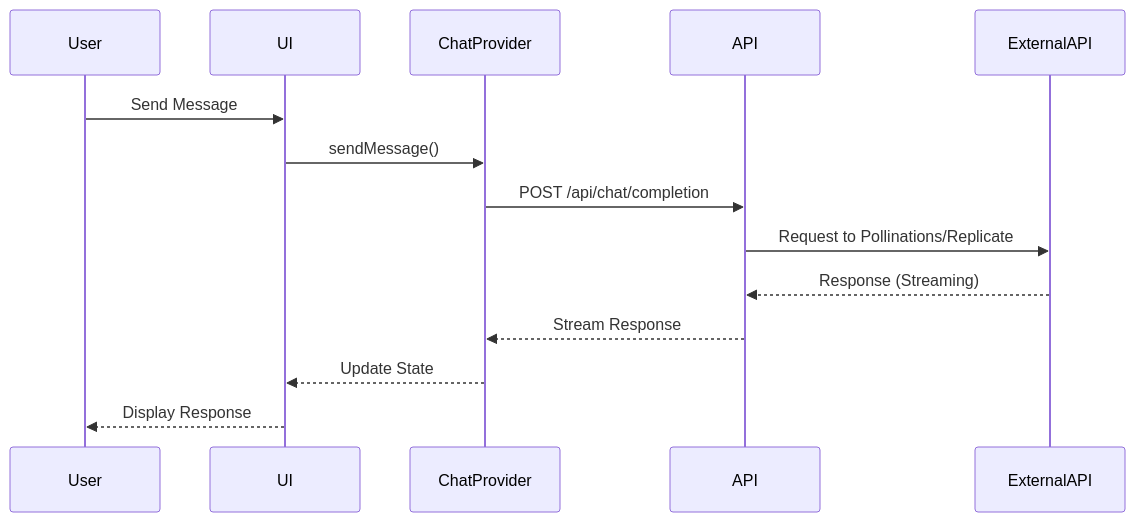
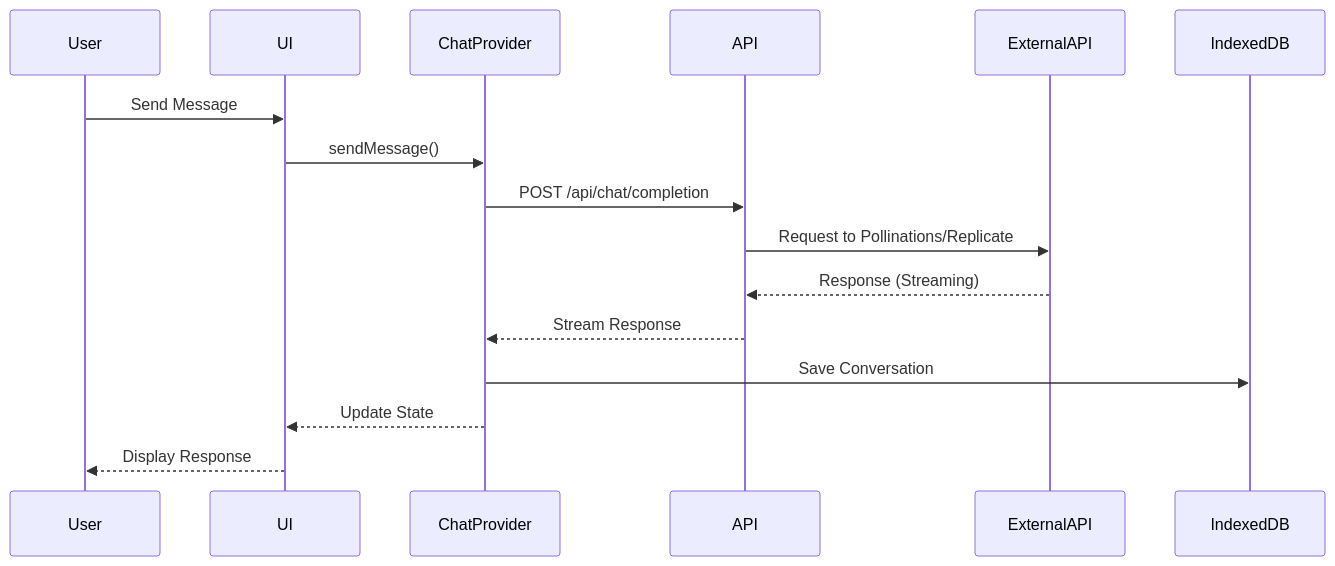
The third of 4 diagrams in docs/architecture-view.md (loopmaster303/heyhihosted), drawn with Mermaid before and after one commit. The commit also changed other lines of this file and 37 other files, not shown here.

````diff
--- a/docs/architecture-view.md
+++ b/docs/architecture-view.md
@@ -91,17 +70,18 @@
 ```mermaid
 sequenceDiagram
     participant User
     participant UI
     participant ChatProvider
     participant API
     participant ExternalAPI
     
     User->>UI: Send Message
     UI->>ChatProvider: sendMessage()
     ChatProvider->>API: POST /api/chat/completion
     API->>ExternalAPI: Request to Pollinations/Replicate
     ExternalAPI-->>API: Response (Streaming)
     API-->>ChatProvider: Stream Response
+    ChatProvider->>IndexedDB: Save Conversation
     ChatProvider-->>UI: Update State
     UI-->>User: Display Response
 ```
````
